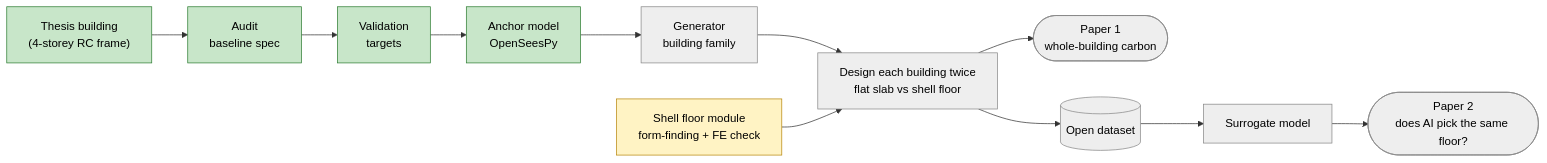
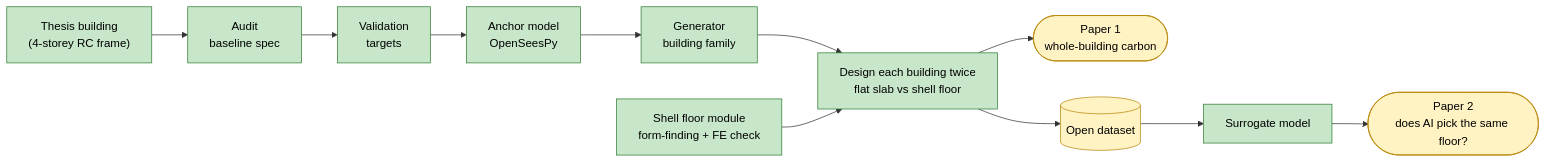
The first of 2 diagrams in README.md (syednafizreja/ShellBench), drawn with Mermaid before and after one commit. The commit also changed other lines of this file, not shown here.

Commit message:
README: current status, progress timeline, updated map

````diff
--- a/README.md
+++ b/README.md
@@ -33,19 +40,18 @@
 ```mermaid
 flowchart LR
     T["Thesis building<br/>(4-storey RC frame)"] --> A["Audit<br/>baseline spec"]
     A --> V["Validation<br/>targets"]
     V --> M["Anchor model<br/>OpenSeesPy"]
     M --> G["Generator<br/>building family"]
     G --> F["Design each building twice<br/>flat slab vs shell floor"]
     S["Shell floor module<br/>form-finding + FE check"] --> F
     F --> P1(["Paper 1<br/>whole-building carbon"])
     F --> D[("Open dataset")]
     D --> AI["Surrogate model"] --> P2(["Paper 2<br/>does AI pick the same floor?"])
 
     classDef done fill:#c8e6c9,stroke:#2e7d32,color:#000;
     classDef doing fill:#fff3c4,stroke:#b8860b,color:#000;
     classDef todo fill:#eeeeee,stroke:#888,color:#000;
-    class T,A,V,M done;
-    class S doing;
-    class G,F,D,AI,P1,P2 todo;
+    class T,A,V,M,G,F,S,AI done;
+    class P1,D,P2 doing;
 ```
````
